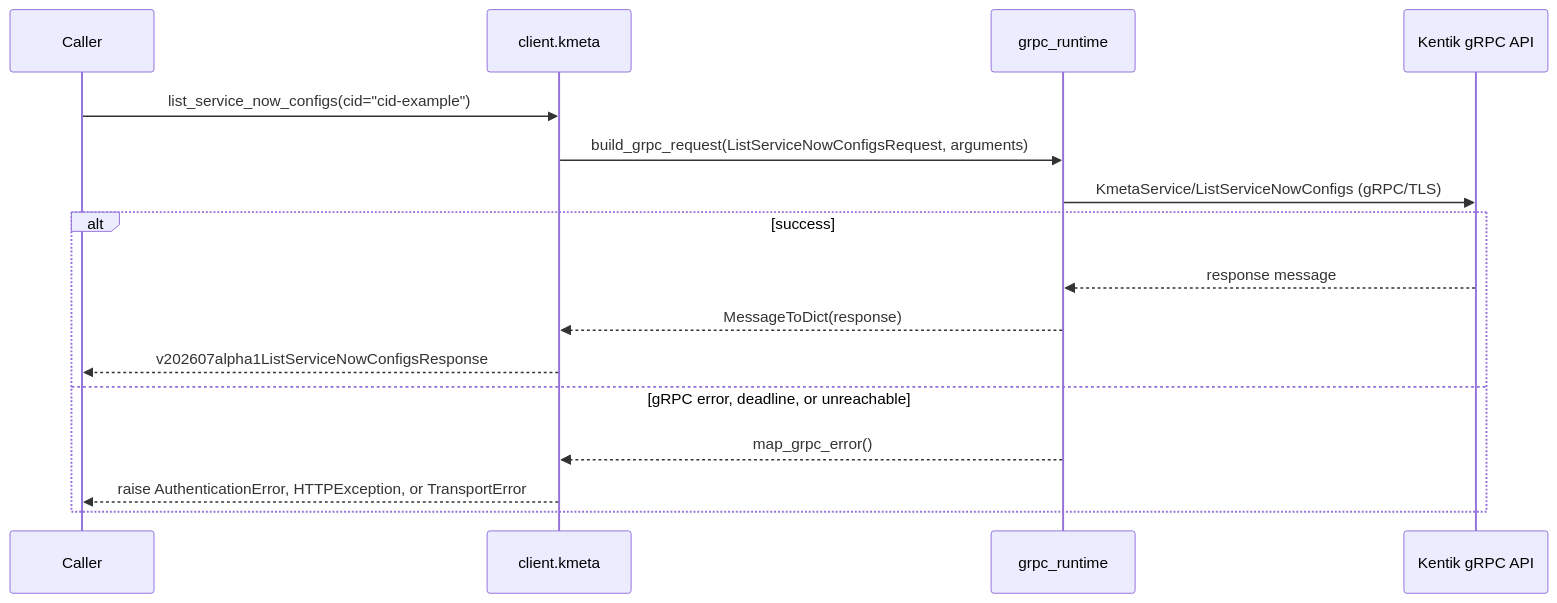
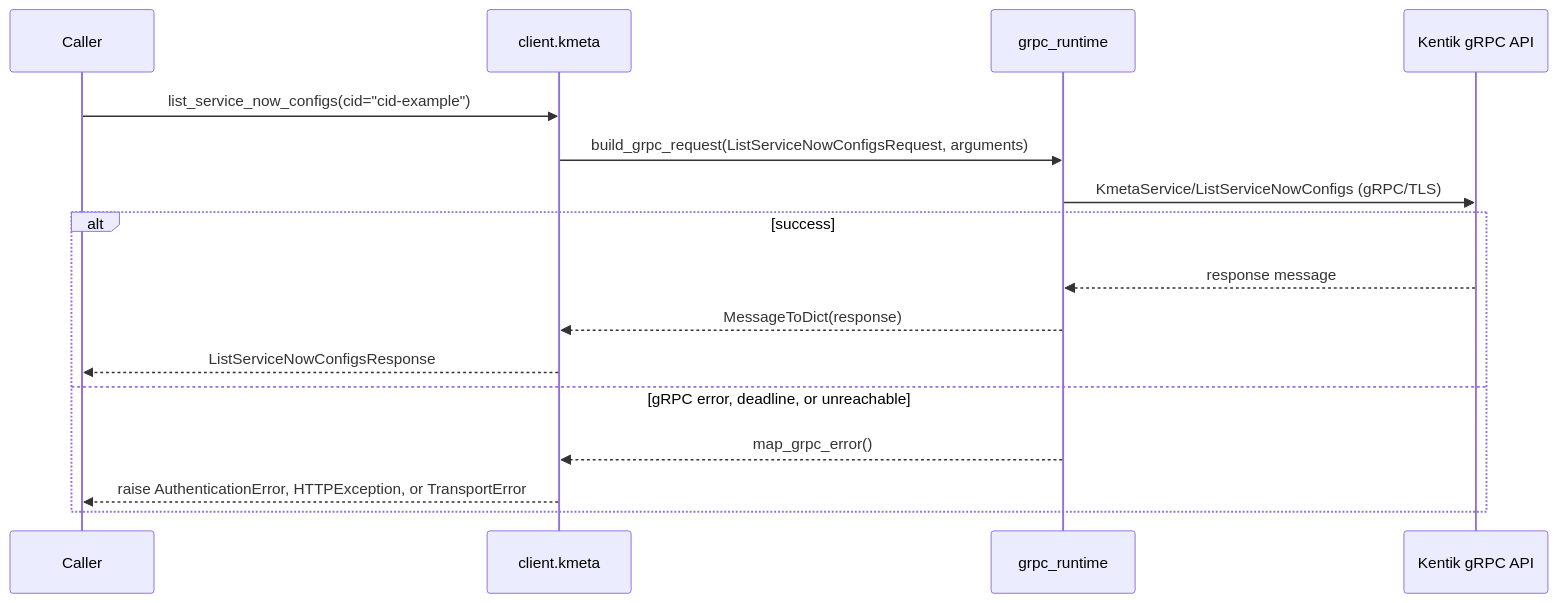
Before and after one commit to alexdearaujo/community_sdk_python: the third of 12 diagrams in docs/sphinx/services/kmeta.md, drawn with Mermaid. The commit also changed other lines of this file and 38 other files, not shown here.

````diff
--- a/docs/sphinx/services/kmeta.md
+++ b/docs/sphinx/services/kmeta.md
@@ -59,19 +59,19 @@
 ```mermaid
 sequenceDiagram
     participant C as Caller
     participant W as client.kmeta
     participant R as grpc_runtime
     participant API as Kentik gRPC API
 
     C->>W: list_service_now_configs(cid="cid-example")
     W->>R: build_grpc_request(ListServiceNowConfigsRequest, arguments)
     R->>API: KmetaService/ListServiceNowConfigs (gRPC/TLS)
     alt success
         API-->>R: response message
         R-->>W: MessageToDict(response)
-        W-->>C: v202607alpha1ListServiceNowConfigsResponse
+        W-->>C: ListServiceNowConfigsResponse
     else gRPC error, deadline, or unreachable
         R-->>W: map_grpc_error()
         W-->>C: raise AuthenticationError, HTTPException, or TransportError
     end
 ```
````
